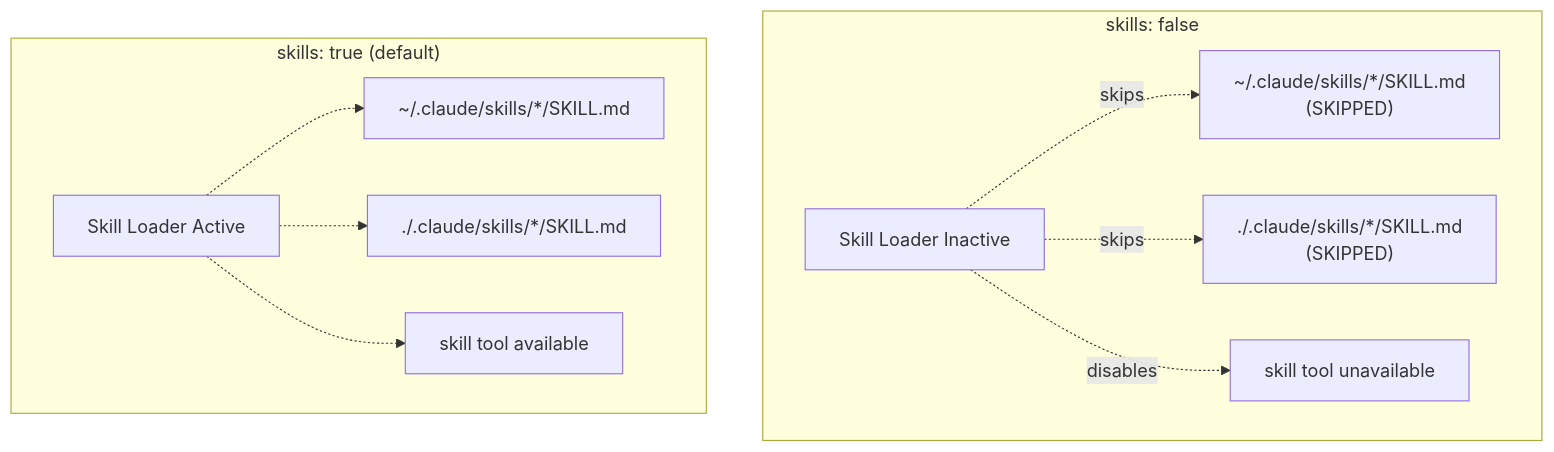
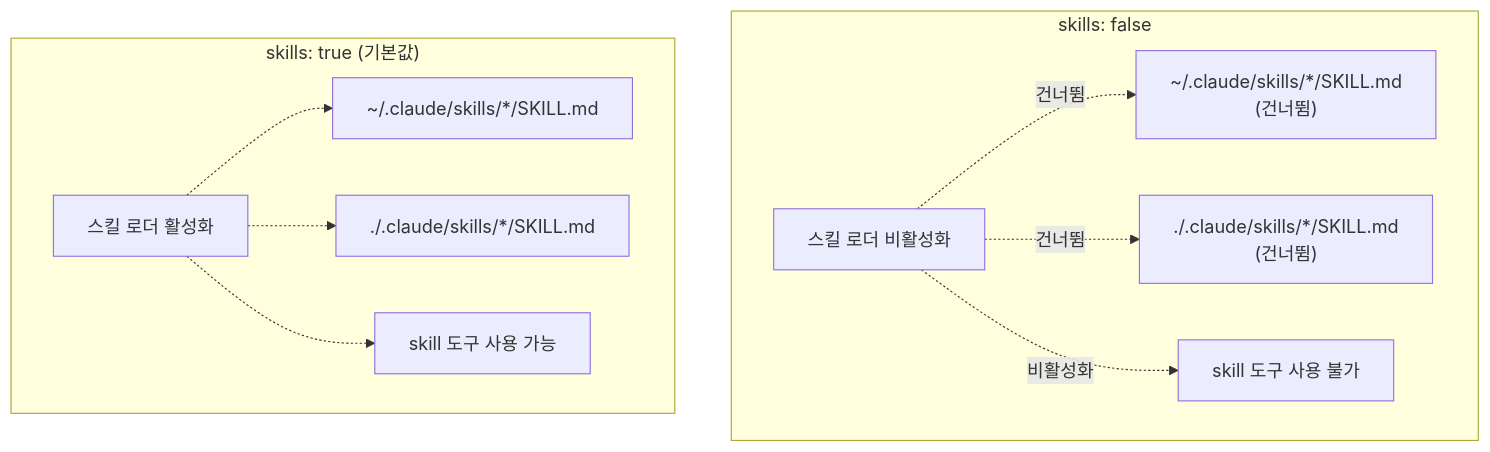
One commit to felipetruman/oh-my-opencode-docs changed the third of 6 diagrams in docs/compatibility/compatibility-toggles.md. Above: the diagram before and after it, drawn with Mermaid. The commit also changed other lines of this file and 76 other files, not shown here.

````diff
--- a/docs/compatibility/compatibility-toggles.md
+++ b/docs/compatibility/compatibility-toggles.md
@@ -168,32 +168,32 @@
 ```mermaid
 flowchart TD
 
-SkillDisabled["Skill Loader Inactive"]
-UserSkills2["~/.claude/skills/*/SKILL.md<br>(SKIPPED)"]
-ProjSkills2["./.claude/skills/*/SKILL.md<br>(SKIPPED)"]
-SkillTool2["skill tool unavailable"]
-SkillEnabled["Skill Loader Active"]
+SkillDisabled["스킬 로더 비활성화"]
+UserSkills2["~/.claude/skills/*/SKILL.md<br>(건너뜀)"]
+ProjSkills2["./.claude/skills/*/SKILL.md<br>(건너뜀)"]
+SkillTool2["skill 도구 사용 불가"]
+SkillEnabled["스킬 로더 활성화"]
 UserSkills["~/.claude/skills/*/SKILL.md"]
 ProjSkills["./.claude/skills/*/SKILL.md"]
-SkillTool["skill tool available"]
+SkillTool["skill 도구 사용 가능"]
 
 subgraph subGraph1 ["skills: false"]
     SkillDisabled
     UserSkills2
     ProjSkills2
     SkillTool2
-    SkillDisabled -.->|"skips"| UserSkills2
-    SkillDisabled -.->|"skips"| ProjSkills2
-    SkillDisabled -.->|"disables"| SkillTool2
+    SkillDisabled -.->|"건너뜀"| UserSkills2
+    SkillDisabled -.->|"건너뜀"| ProjSkills2
+    SkillDisabled -.->|"비활성화"| SkillTool2
 end
 
-subgraph subGraph0 ["skills: true (default)"]
+subgraph subGraph0 ["skills: true (기본값)"]
     SkillEnabled
     UserSkills
     ProjSkills
     SkillTool
     SkillEnabled -.-> UserSkills
     SkillEnabled -.-> ProjSkills
     SkillEnabled -.-> SkillTool
 end
 ```
````
